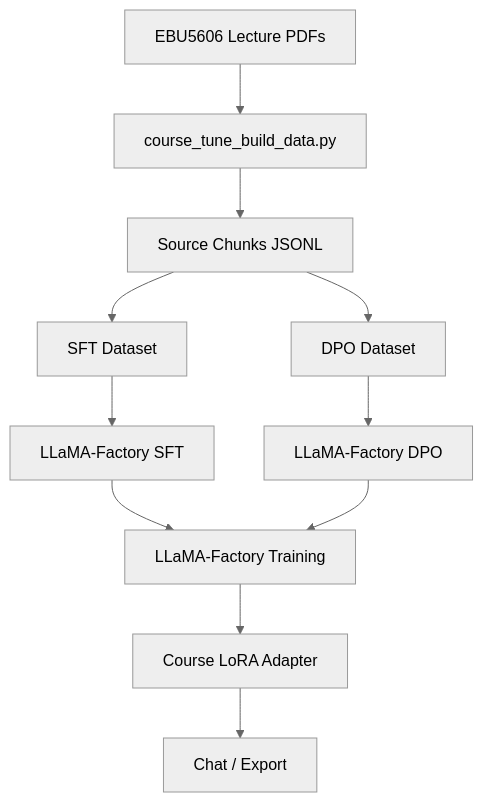
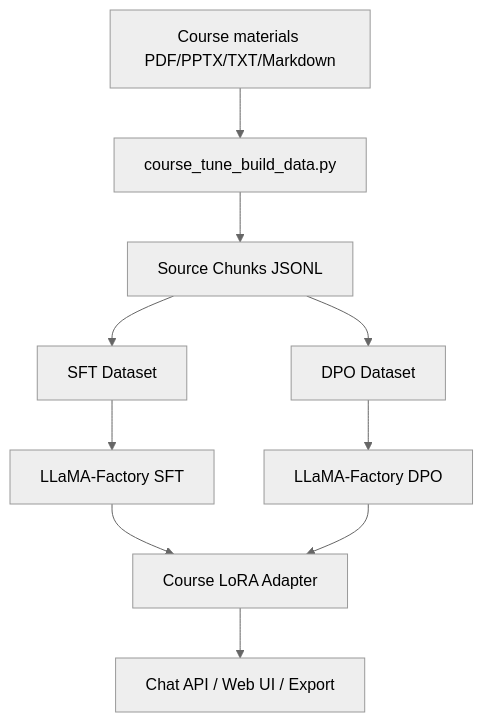
The diagram in README.md (GuMiShDo666/coursetune), drawn with Mermaid (neutral theme) before and after one commit. The commit also changed other lines of this file and 14 other files, not shown here.

````diff
--- a/README.md
+++ b/README.md
@@ -155,13 +155,12 @@
 ```mermaid
 graph TD
-    A[EBU5606 Lecture PDFs] --> B[course_tune_build_data.py]
+    A[Course materials PDF/PPTX/TXT/Markdown] --> B[course_tune_build_data.py]
     B --> C[Source Chunks JSONL]
     C --> D[SFT Dataset]
     C --> E[DPO Dataset]
     D --> F[LLaMA-Factory SFT]
     E --> G[LLaMA-Factory DPO]
-    F --> H[LLaMA-Factory Training]
+    F --> H[Course LoRA Adapter]
     G --> H
-    H --> I[Course LoRA Adapter]
-    I --> J[Chat / Export]
+    H --> I[Chat API / Web UI / Export]
 ```
````
